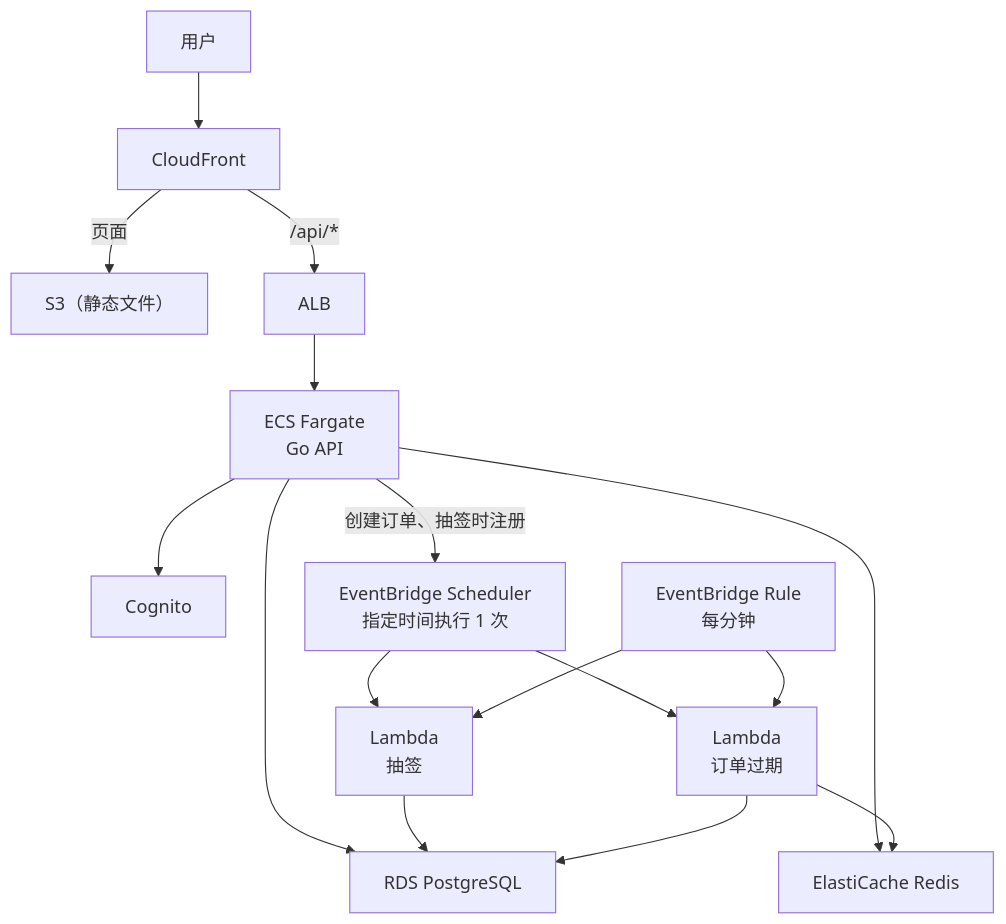
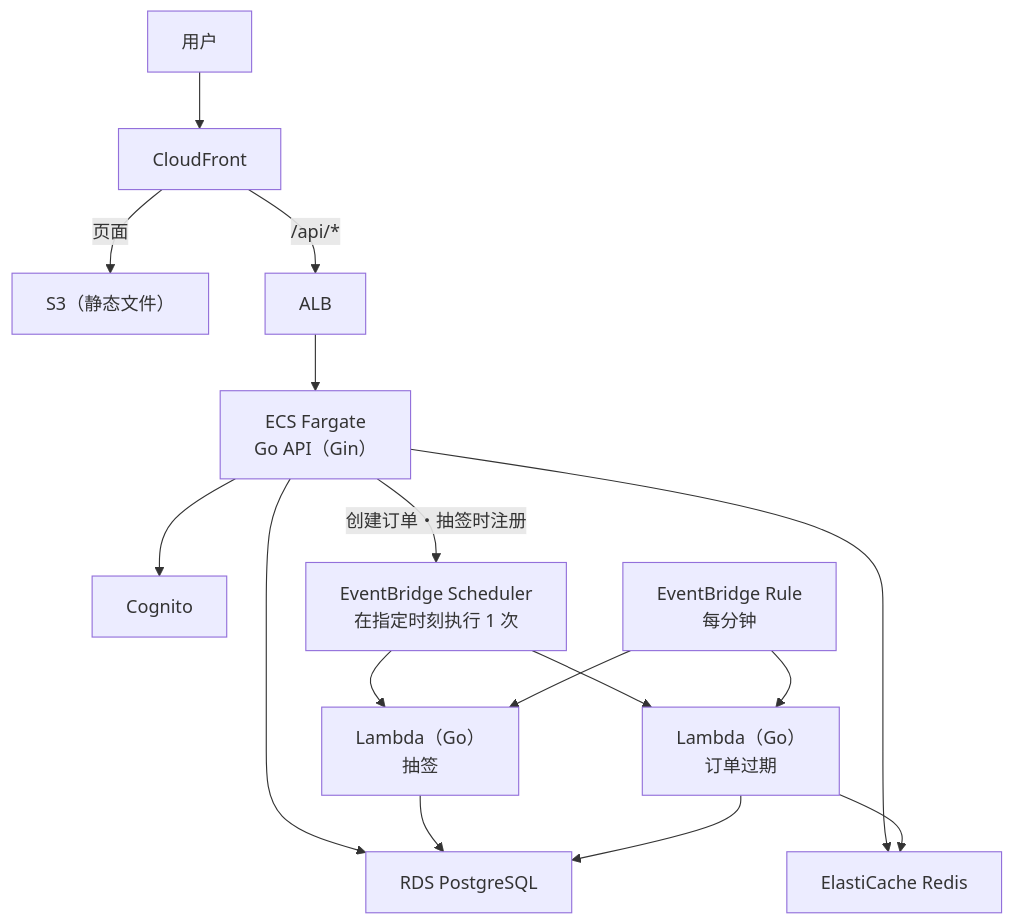
The diagram in README_zh.md (jessehub777/flashbuy), drawn with Mermaid before and after one commit. The commit also changed other lines of this file and 1 other file, not shown here.

````diff
--- a/README_zh.md
+++ b/README_zh.md
@@ -39,18 +41,18 @@
 ```mermaid
 flowchart TB
   U["用户"] --> CF["CloudFront"]
   CF -->|"页面"| S3F["S3（静态文件）"]
   CF -->|"/api/*"| ALB["ALB"]
-  ALB --> ECS["ECS Fargate<br/>Go API"]
+  ALB --> ECS["ECS Fargate<br/>Go API（Gin）"]
   ECS --> RDS["RDS PostgreSQL"]
   ECS --> RD["ElastiCache Redis"]
   ECS --> COG["Cognito"]
-  ECS -->|"创建订单、抽签时注册"| SCH["EventBridge Scheduler<br/>指定时间执行 1 次"]
-  SCH --> L1["Lambda<br/>抽签"]
-  SCH --> L2["Lambda<br/>订单过期"]
+  ECS -->|"创建订单・抽签时注册"| SCH["EventBridge Scheduler<br/>在指定时刻执行 1 次"]
+  SCH --> L1["Lambda（Go）<br/>抽签"]
+  SCH --> L2["Lambda（Go）<br/>订单过期"]
   RULE["EventBridge Rule<br/>每分钟"] --> L1
   RULE --> L2
   L1 --> RDS
   L2 --> RDS
   L2 --> RD
 ```
````
